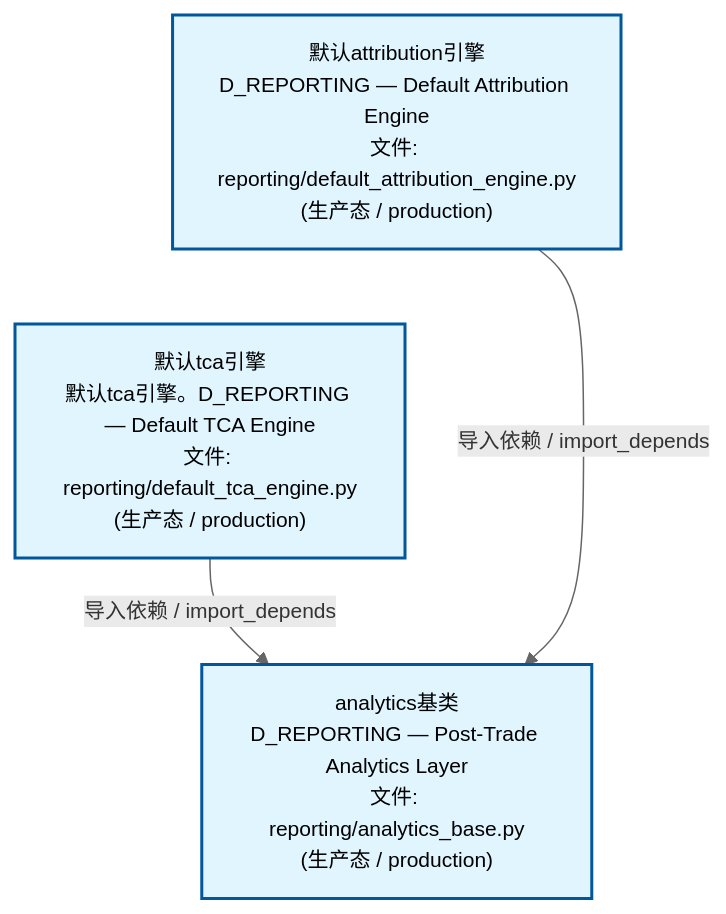
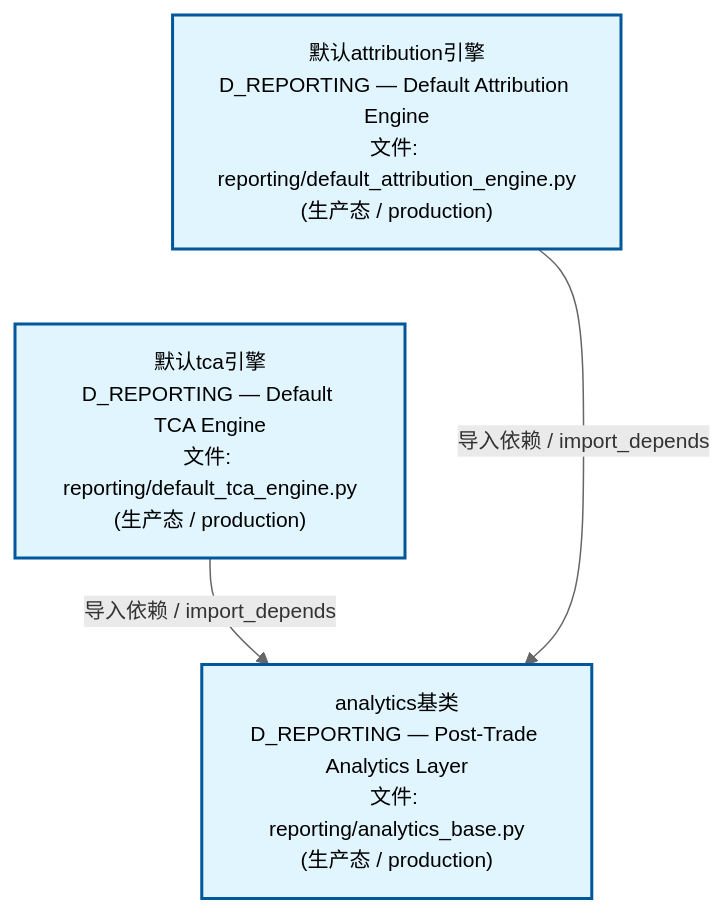
One commit to xuanFelixVan/ZephyrAlpha changed the second of 4 diagrams in docs/02_enterprise_architecture/02_domain_architecture_docs/26_d_reporting.md. Above: the diagram before and after it, drawn with Mermaid. The commit also changed other lines of this file and 62 other files, not shown here.

````diff
--- a/docs/02_enterprise_architecture/02_domain_architecture_docs/26_d_reporting.md
+++ b/docs/02_enterprise_architecture/02_domain_architecture_docs/26_d_reporting.md
@@ -117,15 +117,15 @@
 ```mermaid
 %%{init: {'theme': 'base', 'themeVariables': {'primaryColor': '#eaeaea', 'primaryTextColor': '#333333', 'primaryBorderColor': '#666666', 'lineColor': '#666666', 'secondaryColor': '#eaeaea', 'tertiaryColor': '#eaeaea', 'fontSize': '14px'}}}%%
 flowchart TD
     src_zephyr_reporting_default_attribution_engine_py["默认attribution引擎<br/>D_REPORTING — Default Attribution Engine<br/>文件: reporting/default_attribution_engine.py<br/>(生产态 / production)"]
-    src_zephyr_reporting_default_tca_engine_py["默认tca引擎<br/>默认tca引擎。D_REPORTING — Default TCA Engine<br/>文件: reporting/default_tca_engine.py<br/>(生产态 / production)"]
+    src_zephyr_reporting_default_tca_engine_py["默认tca引擎<br/>D_REPORTING — Default TCA Engine<br/>文件: reporting/default_tca_engine.py<br/>(生产态 / production)"]
     src_zephyr_reporting_default_attribution_engine_py ~~~ src_zephyr_reporting_default_tca_engine_py
     src_zephyr_reporting_analytics_base_py["analytics基类<br/>D_REPORTING — Post-Trade Analytics Layer<br/>文件: reporting/analytics_base.py<br/>(生产态 / production)"]
     src_zephyr_reporting_default_tca_engine_py -->|导入依赖 / import_depends| src_zephyr_reporting_analytics_base_py
     src_zephyr_reporting_default_attribution_engine_py -->|导入依赖 / import_depends| src_zephyr_reporting_analytics_base_py
     classDef production fill:#e1f5fe,stroke:#01579b,stroke-width:2px,color:#000
     classDef design fill:#fff3e0,stroke:#e65100,stroke-width:2px,color:#000,stroke-dasharray: 5 5
     classDef external_prod fill:#e8f4fd,stroke:#0277bd,stroke-width:1px,color:#000
     classDef external_design fill:#fff8e7,stroke:#ef6c00,stroke-width:1px,color:#000,stroke-dasharray: 5 5
     class src_zephyr_reporting_analytics_base_py,src_zephyr_reporting_default_attribution_engine_py,src_zephyr_reporting_default_tca_engine_py production
 ```
````
